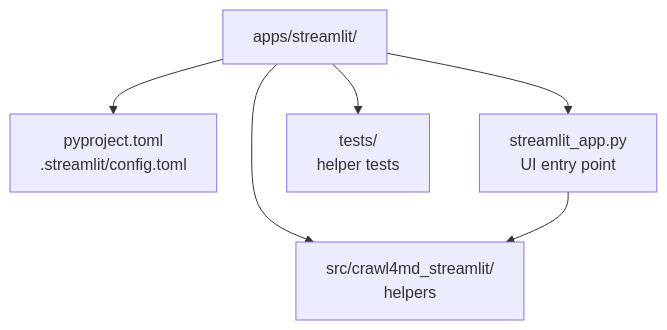
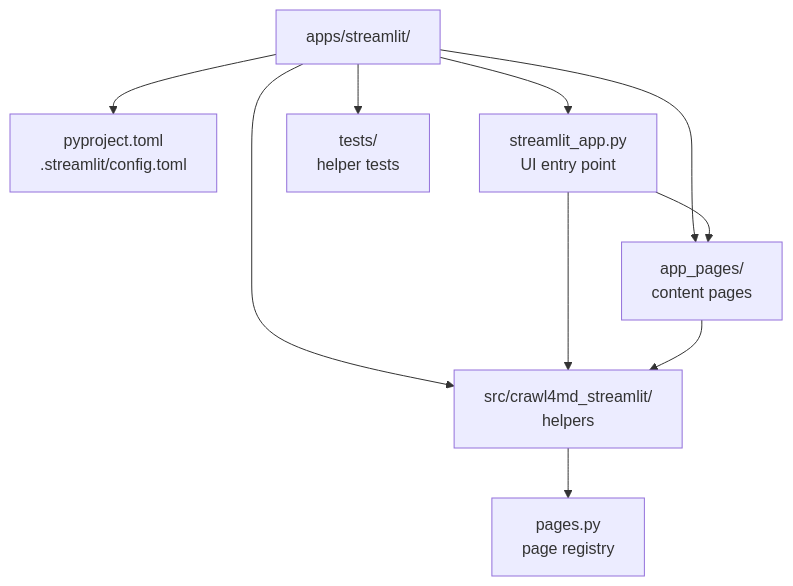
The first of 7 diagrams in apps/streamlit/README.md (prakosd/rag-playground), drawn with Mermaid before and after one commit. The commit also changed other lines of this file and 20 other files, not shown here.

First line of the commit message:
Refactor Streamlit app structure and enhance page navigation

````diff
--- a/apps/streamlit/README.md
+++ b/apps/streamlit/README.md
@@ -14,9 +14,13 @@
 ```mermaid
 flowchart TD
   Root["apps/streamlit/"]
   Root --> Config["pyproject.toml<br/>.streamlit/config.toml"]
   Root --> App["streamlit_app.py<br/>UI entry point"]
+  Root --> AppPages["app_pages/<br/>content pages"]
   Root --> HelpersRoot["src/crawl4md_streamlit/<br/>helpers"]
   Root --> TestsRoot["tests/<br/>helper tests"]
+  App --> AppPages
   App --> HelpersRoot
+  AppPages --> HelpersRoot
+  HelpersRoot --> Pages["pages.py<br/>page registry"]
 ```
````
